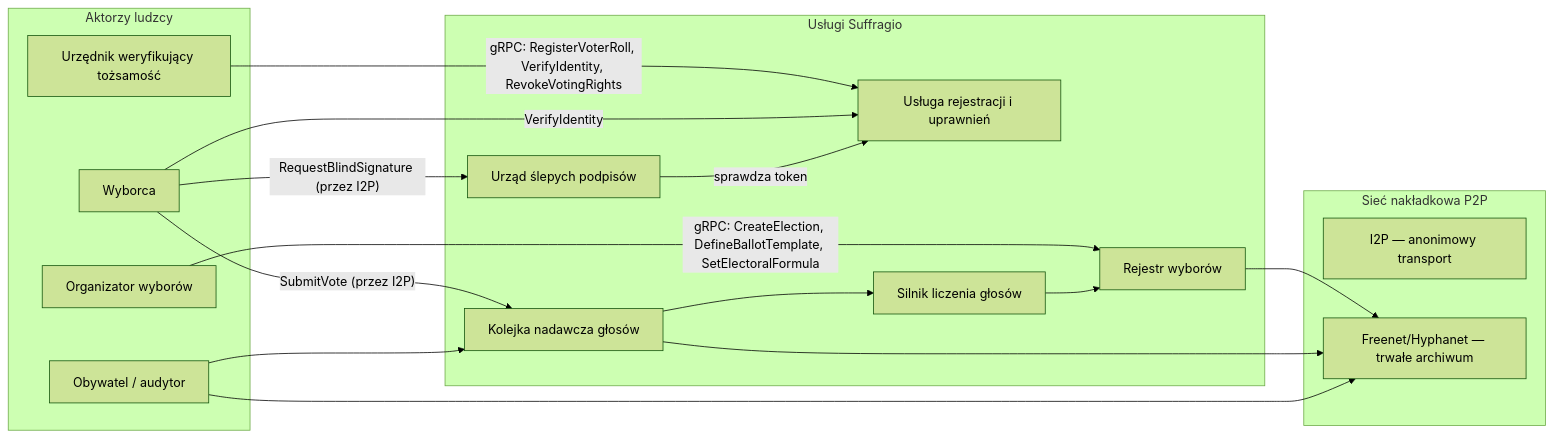
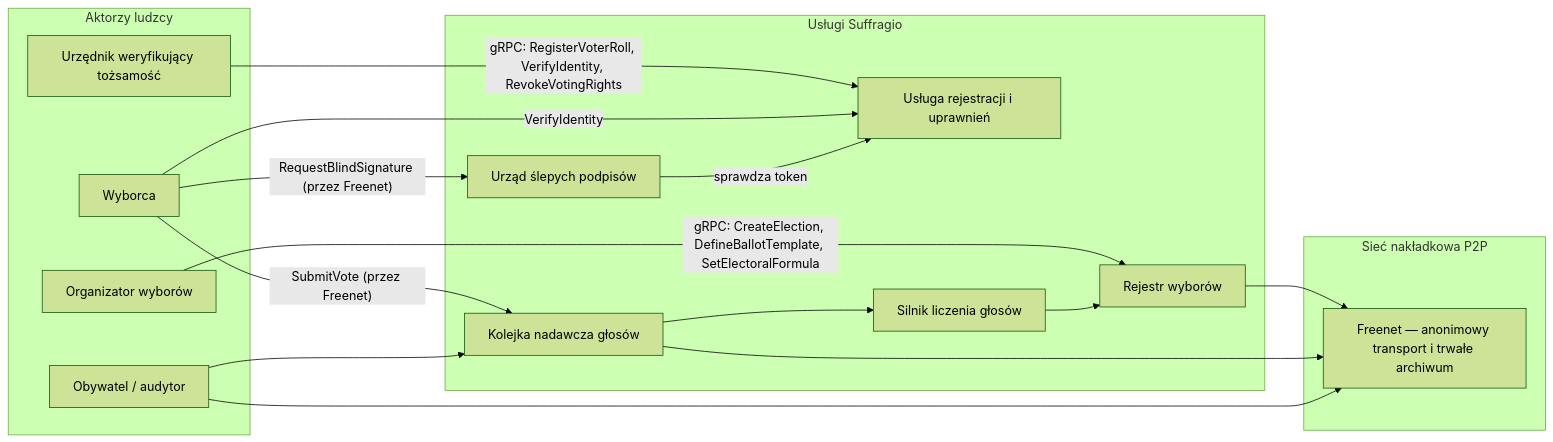
One commit to Suffragio/suffragio-spec changed the first of 3 diagrams in src/content/docs/pl/architecture.md. Above: the diagram before and after it, drawn with Mermaid (forest theme). The commit also changed other lines of this file and 5 other files, not shown here.

````diff
--- a/src/content/docs/pl/architecture.md
+++ b/src/content/docs/pl/architecture.md
@@ -25,35 +25,34 @@
 ```mermaid
 flowchart LR
     subgraph Humans["Aktorzy ludzcy"]
         Voter["Wyborca"]
         Organizer["Organizator wyborów"]
         Registrar["Urzędnik weryfikujący tożsamość"]
         Auditor["Obywatel / audytor"]
     end
 
     subgraph System["Usługi Suffragio"]
         Registry["Rejestr wyborów"]
         RegSvc["Usługa rejestracji i uprawnień"]
         BSA["Urząd ślepych podpisów"]
         Queue["Kolejka nadawcza głosów"]
         Tally["Silnik liczenia głosów"]
     end
 
     subgraph Overlay["Sieć nakładkowa P2P"]
-        I2P["I2P — anonimowy transport"]
-        Freenet["Freenet/Hyphanet — trwałe archiwum"]
+        Freenet["Freenet — anonimowy transport i trwałe archiwum"]
     end
 
     Organizer -- "gRPC: CreateElection, DefineBallotTemplate, SetElectoralFormula" --> Registry
     Registrar -- "gRPC: RegisterVoterRoll, VerifyIdentity, RevokeVotingRights" --> RegSvc
     Voter -- "VerifyIdentity" --> RegSvc
-    Voter -- "RequestBlindSignature (przez I2P)" --> BSA
+    Voter -- "RequestBlindSignature (przez Freenet)" --> BSA
     BSA -- "sprawdza token" --> RegSvc
-    Voter -- "SubmitVote (przez I2P)" --> Queue
+    Voter -- "SubmitVote (przez Freenet)" --> Queue
     Queue --> Tally
     Tally --> Registry
     Registry --> Freenet
     Queue --> Freenet
     Auditor --> Freenet
     Auditor --> Queue
 ```
````
